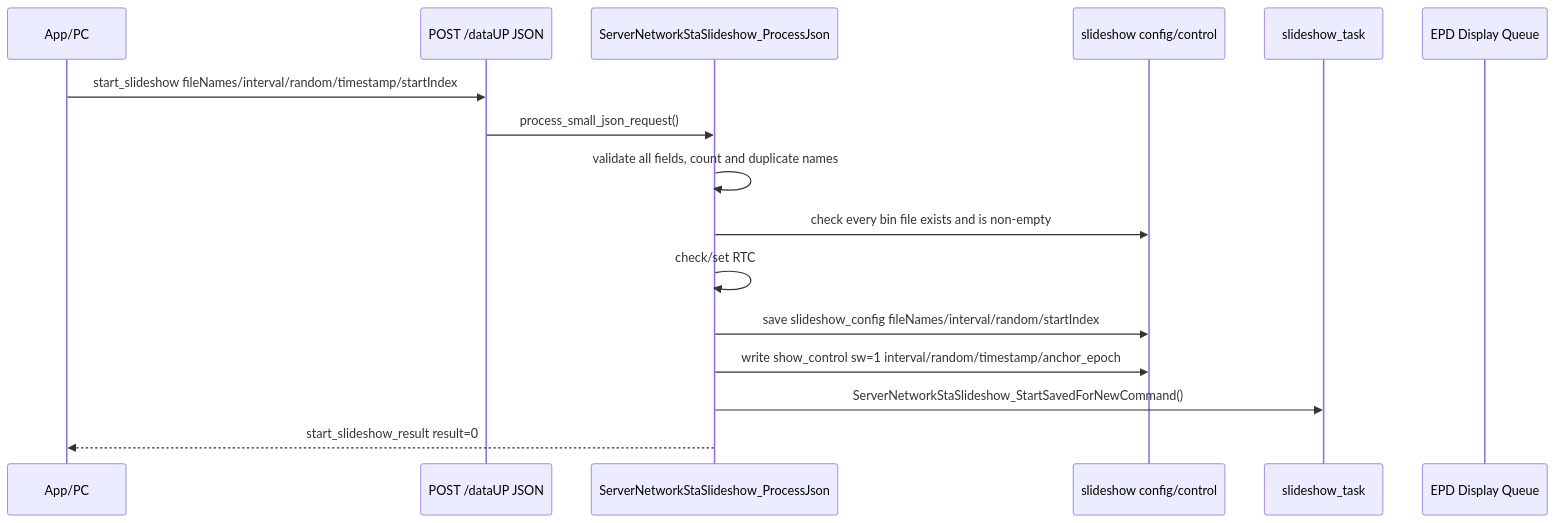
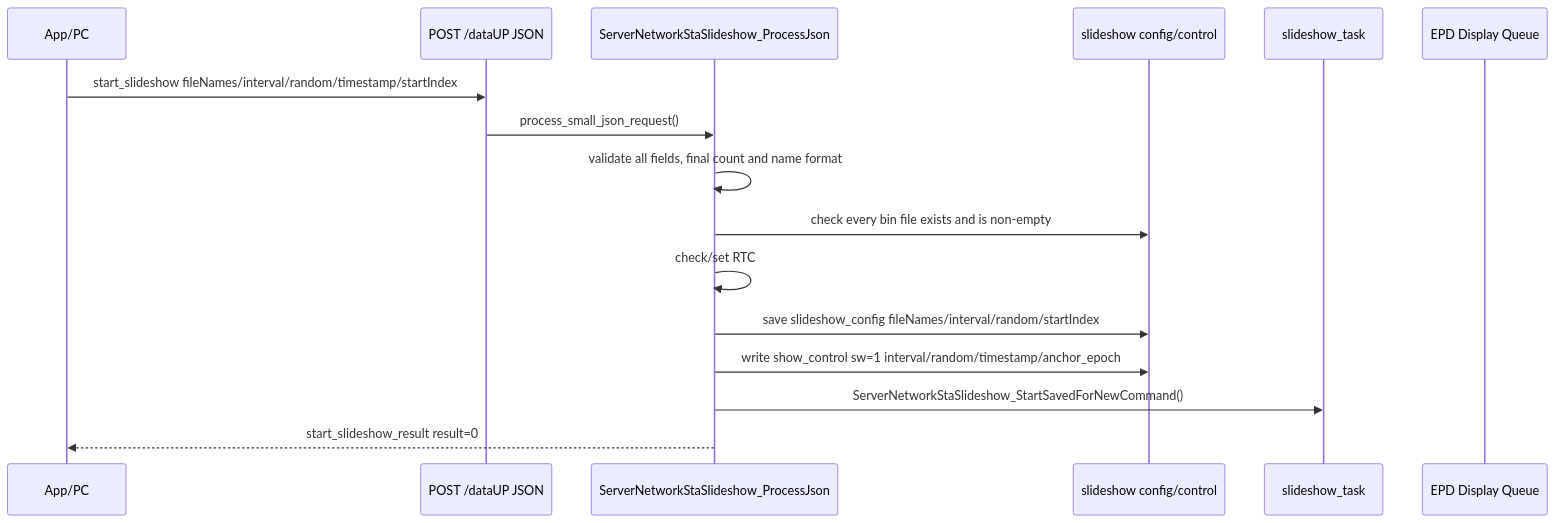
Before and after one commit to tdxguiping/ESP32_S3_epaper: diagram 12 of 24 in README_Fun.md, drawn with Mermaid. The commit also changed other lines of this file and 24 other files, not shown here.

````diff
--- a/README_Fun.md
+++ b/README_Fun.md
@@ -1282,18 +1282,18 @@
 ```mermaid
 sequenceDiagram
     participant APP as App/PC
     participant DATAUP as POST /dataUP JSON
     participant SS as ServerNetworkStaSlideshow_ProcessJson
     participant FILE as slideshow config/control
     participant TASK as slideshow_task
     participant EPD as EPD Display Queue
     APP->>DATAUP: start_slideshow fileNames/interval/random/timestamp/startIndex
     DATAUP->>SS: process_small_json_request()
-    SS->>SS: validate all fields, count and duplicate names
+    SS->>SS: validate all fields, final count and name format
     SS->>FILE: check every bin file exists and is non-empty
     SS->>SS: check/set RTC
     SS->>FILE: save slideshow_config fileNames/interval/random/startIndex
     SS->>FILE: write show_control sw=1 interval/random/timestamp/anchor_epoch
     SS->>TASK: ServerNetworkStaSlideshow_StartSavedForNewCommand()
     SS-->>APP: start_slideshow_result result=0
 ```
````
